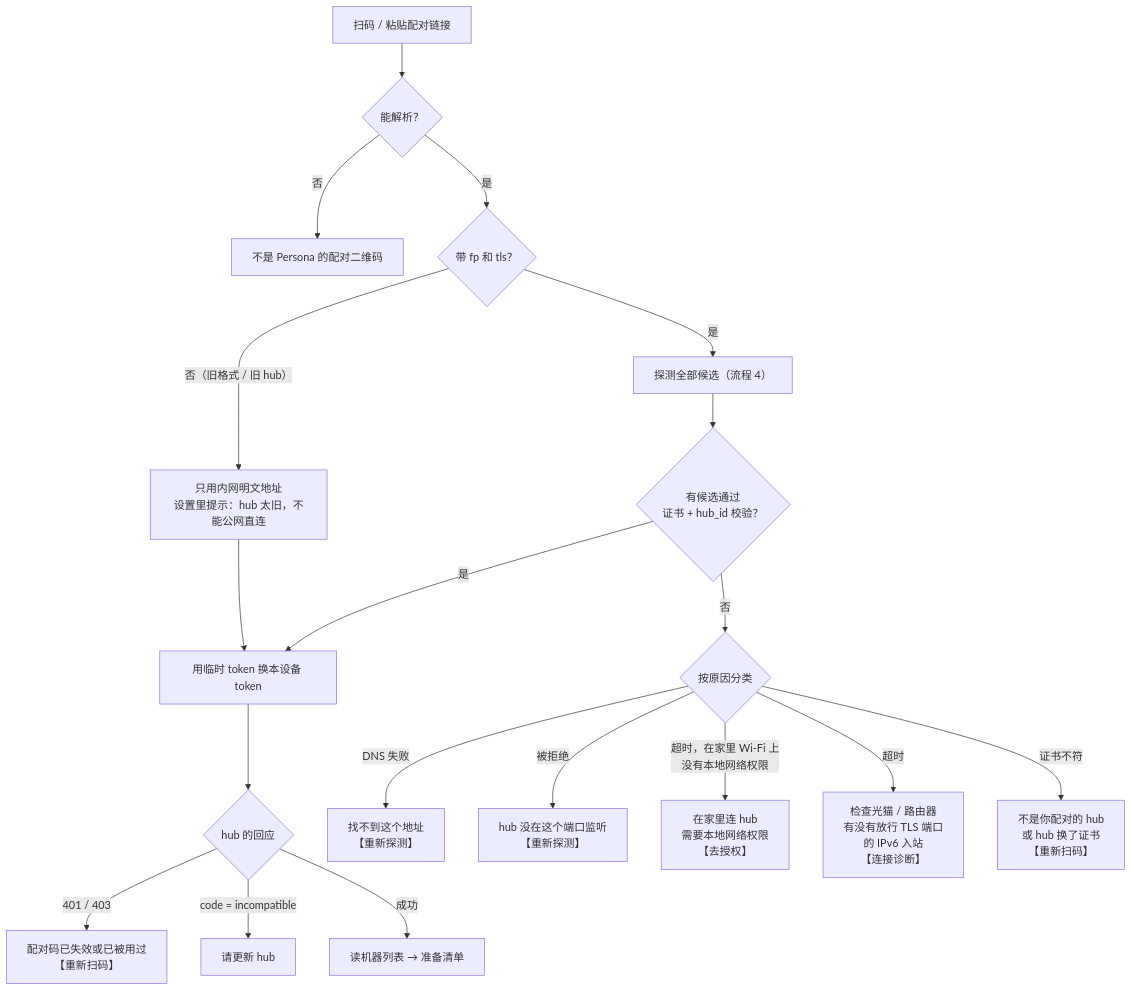
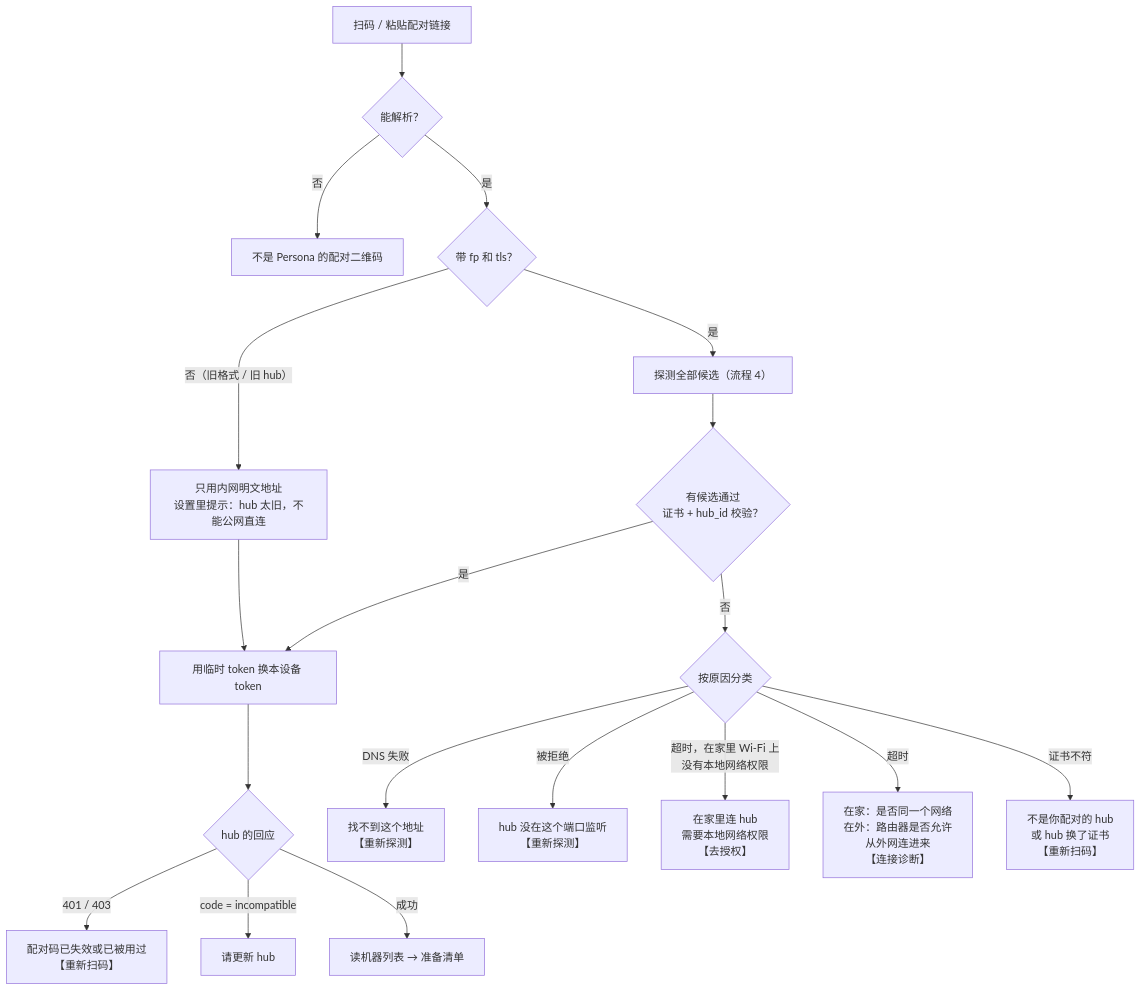
Before and after one commit to 413180794/persona: the third of 15 diagrams in docs/redesign/flows.md, drawn with Mermaid. The commit also changed 58 other files, not shown here.

````diff
--- a/docs/redesign/flows.md
+++ b/docs/redesign/flows.md
@@ -79,21 +79,21 @@
 ```mermaid
 flowchart TD
   S["扫码 / 粘贴配对链接"] --> P{"能解析？"}
   P -- "否" --> E0["不是 Persona 的配对二维码"]
   P -- "是" --> V{"带 fp 和 tls？"}
   V -- "否（旧格式 / 旧 hub）" --> LAN["只用内网明文地址<br/>设置里提示：hub 太旧，不能公网直连"]
   V -- "是" --> R["探测全部候选（流程 4）"]
   LAN --> T
   R --> W{"有候选通过<br/>证书 + hub_id 校验？"}
   W -- "是" --> T["用临时 token 换本设备 token"]
   W -- "否" --> C{"按原因分类"}
   C -- "DNS 失败" --> E1["找不到这个地址<br/>【重新探测】"]
   C -- "被拒绝" --> E2["hub 没在这个端口监听<br/>【重新探测】"]
   C -- "超时，在家里 Wi-Fi 上<br/>没有本地网络权限" --> E3["在家里连 hub<br/>需要本地网络权限<br/>【去授权】"]
-  C -- "超时" --> E4["检查光猫 / 路由器<br/>有没有放行 TLS 端口<br/>的 IPv6 入站<br/>【连接诊断】"]
+  C -- "超时" --> E4["在家：是否同一个网络<br/>在外：路由器是否允许<br/>从外网连进来<br/>【连接诊断】"]
   C -- "证书不符" --> E5["不是你配对的 hub<br/>或 hub 换了证书<br/>【重新扫码】"]
   T --> X{"hub 的回应"}
   X -- "401 / 403" --> E6["配对码已失效或已被用过<br/>【重新扫码】"]
   X -- "code = incompatible" --> E7["请更新 hub"]
   X -- "成功" --> OK["读机器列表 → 准备清单"]
 ```
````
